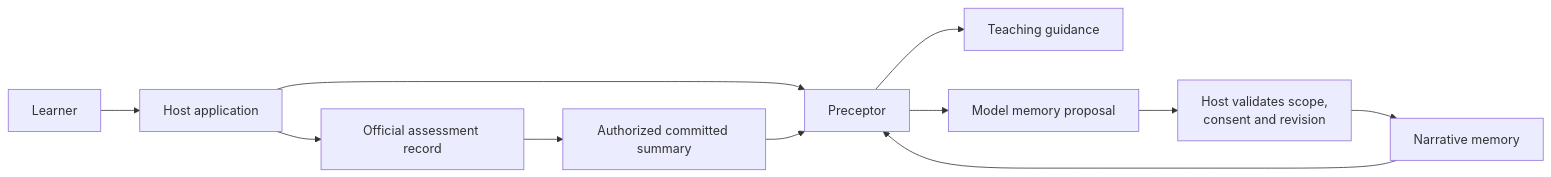
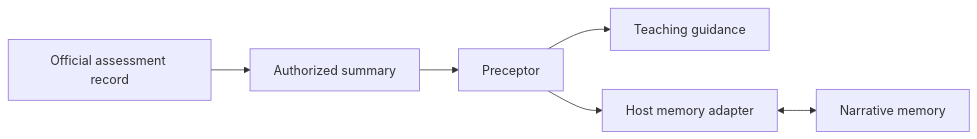
Before and after one commit to 0xbuffdev/preceptor: the second of 2 diagrams in README.md, drawn with Mermaid. The commit also changed other lines of this file, not shown here.

Commit message:
docs: refine Preceptor README

````diff
--- a/README.md
+++ b/README.md
@@ -118,13 +50,8 @@
 ```mermaid
 flowchart LR
-    L["Learner"] --> H["Host application"]
-    H --> P["Preceptor"]
-    P --> G["Teaching guidance"]
-    P --> N["Model memory proposal"]
-    N --> V["Host validates scope,<br/>consent and revision"]
-    V --> R["Narrative memory"]
-    R --> P
-    H --> A["Official assessment record"]
-    A --> S["Authorized committed summary"]
-    S --> P
+    A[Official assessment record] --> S[Authorized summary]
+    S --> P[Preceptor]
+    P --> G[Teaching guidance]
+    P --> H[Host memory adapter]
+    H <--> N[Narrative memory]
 ```
````
